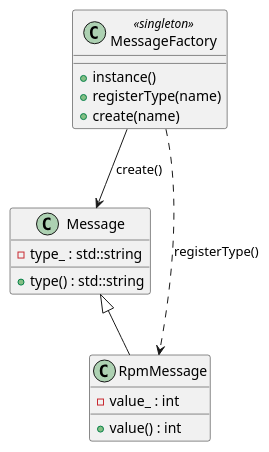
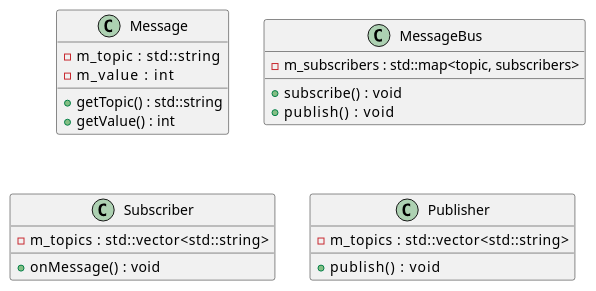
Before and after one commit to HadiAsyrafi/Networking-Middleware: the diagram in docs/message_factory_class_diagram.puml, drawn with PlantUML. The commit also changed 7 other files, not shown here.

Commit message:
Enable minimal MessageBus

```diff
--- a/docs/message_factory_class_diagram.puml
+++ b/docs/message_factory_class_diagram.puml
@@ -1,21 +1,50 @@
-@startuml
+@startuml class_diagram
+
+/'  Base unit to represent any data passed through the bus
+ '/
 class Message {
-  - type_ : std::string
-  + type() : std::string
+  - m_topic     : std::string
+  - m_value     : int
+  + getTopic()  : std::string
+  + getValue()  : int
 }
 
+/'  Routes messages between publishers and subscribers
+    Pattern: Observer + Singleton
+ '/
+class MessageBus {
+  - m_subscribers : std::map<topic, subscribers>
+  + subscribe()   : void
+  + publish()     : void
+}
+
+/'  Represents entity that wants to receive messages
+    Implement callback to process messages
+ '/
+class Subscriber {
+  - m_topics      : std::vector<std::string>
+  + onMessage()   : void
+}
+
+/'  Represents entity that generates messages
+    Constructs a Message, and passes it to MessageBus
+ '/
+class Publisher {
+  - m_topics      : std::vector<std::string>
+  + publish()     : void
+}
+
+/'
 class RpmMessage {
   - value_ : int
   + value() : int
 }
 
 class MessageFactory <<singleton>> {
   + instance()
   + registerType(name)
   + create(name)
 }
+'/
 
-Message <|-- RpmMessage
-MessageFactory --> Message : create()
-MessageFactory ..> RpmMessage : registerType()
 @enduml
```
